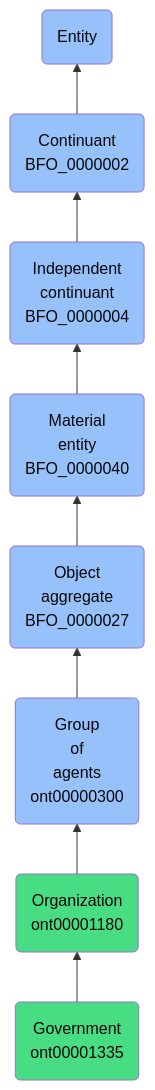
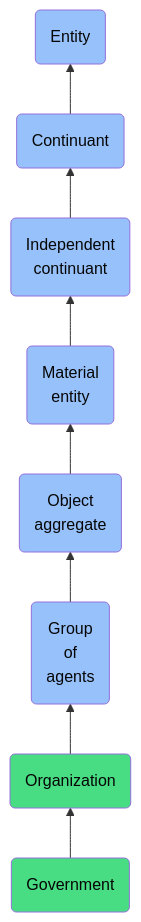
Before and after one commit to jupyter-naas/abi: the diagram in docs/ontology/reference/model/Entity/Continuant/Independent continuant/Material entity/Object aggregate/Group of agents/Organization/Government/Government.md, drawn with Mermaid. The commit also changed other lines of this file and 1430 other files, not shown here.

````diff
--- a/docs/ontology/reference/model/Entity/Continuant/Independent continuant/Material entity/Object aggregate/Group of agents/Organization/Government/Government.md
+++ b/docs/ontology/reference/model/Entity/Continuant/Independent continuant/Material entity/Object aggregate/Group of agents/Organization/Government/Government.md
@@ -24,15 +24,15 @@
 ```mermaid
 graph BT
-    ont00001335(Government<br>ont00001335):::ABI-->ont00001180
-    ont00001180(Organization<br>ont00001180):::ABI-->ont00000300
-    ont00000300(Group<br>of<br>agents<br>ont00000300):::BFO-->BFO_0000027
-    BFO_0000027(Object<br>aggregate<br>BFO_0000027):::BFO-->BFO_0000040
-    BFO_0000040(Material<br>entity<br>BFO_0000040):::BFO-->BFO_0000004
-    BFO_0000004(Independent<br>continuant<br>BFO_0000004):::BFO-->BFO_0000002
-    BFO_0000002(Continuant<br>BFO_0000002):::BFO-->BFO_0000001
+    ont00001335(Government):::ABI-->ont00001180
+    ont00001180(Organization):::ABI-->ont00000300
+    ont00000300(Group<br>of<br>agents):::BFO-->BFO_0000027
+    BFO_0000027(Object<br>aggregate):::BFO-->BFO_0000040
+    BFO_0000040(Material<br>entity):::BFO-->BFO_0000004
+    BFO_0000004(Independent<br>continuant):::BFO-->BFO_0000002
+    BFO_0000002(Continuant):::BFO-->BFO_0000001
     BFO_0000001(Entity):::BFO
     
     classDef BFO fill:#97c1fb,color:#060606
     classDef CCO fill:#e4c51e,color:#060606
     classDef ABI fill:#48DD82,color:#060606
 ```
````
